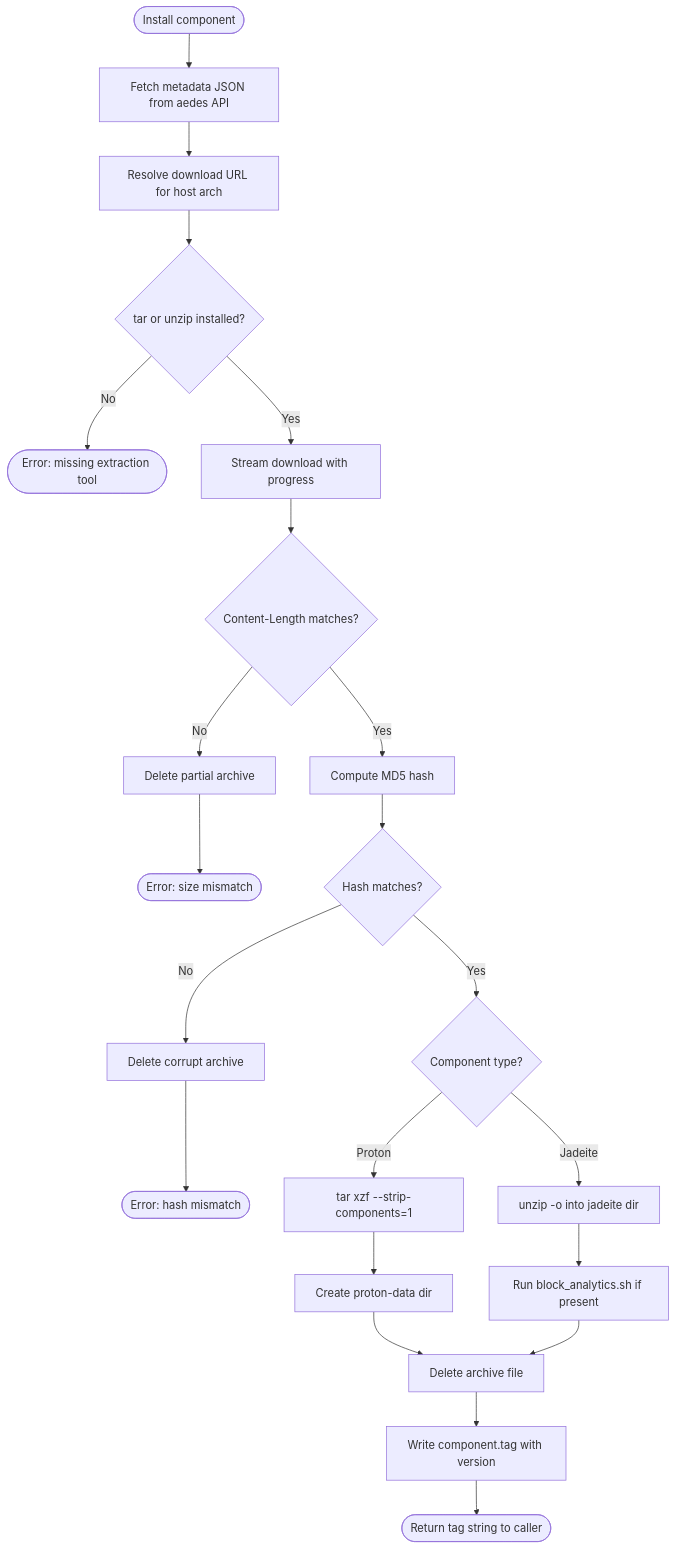
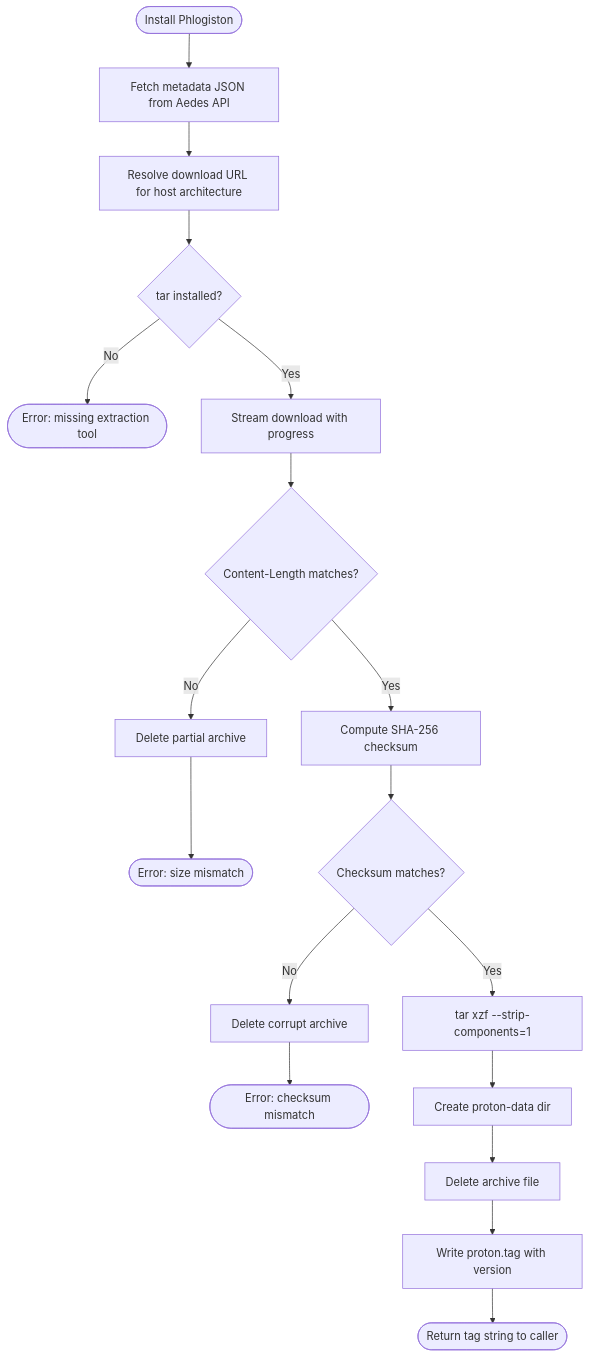
One commit to ChakornK/elysiae-tui changed diagram 12 of 21 in UX.md. Above: the diagram before and after it, drawn with Mermaid. The commit also changed other lines of this file and 9 other files, not shown here.

````diff
--- a/UX.md
+++ b/UX.md
@@ -305,24 +300,20 @@
 ```mermaid
 flowchart TD
-    Start([Install component]) --> FetchMeta[Fetch metadata JSON from aedes API]
-    FetchMeta --> ResolveArch[Resolve download URL for host arch]
-    ResolveArch --> Preflight{tar or unzip installed?}
+    Start([Install Phlogiston]) --> FetchMeta[Fetch metadata JSON from Aedes API]
+    FetchMeta --> ResolveArch[Resolve download URL for host architecture]
+    ResolveArch --> Preflight{tar installed?}
     Preflight -->|No| Fail([Error: missing extraction tool])
     Preflight -->|Yes| Download[Stream download with progress]
     Download --> VerifySize{Content-Length matches?}
     VerifySize -->|No| DeletePartial[Delete partial archive]
-    VerifySize -->|Yes| VerifyHash[Compute MD5 hash]
+    VerifySize -->|Yes| VerifyHash[Compute SHA-256 checksum]
     DeletePartial --> FailSize([Error: size mismatch])
-    VerifyHash --> HashOK{Hash matches?}
+    VerifyHash --> HashOK{Checksum matches?}
     HashOK -->|No| DeleteCorrupt[Delete corrupt archive]
-    HashOK -->|Yes| Extract{Component type?}
-    DeleteCorrupt --> FailHash([Error: hash mismatch])
-    Extract -->|Proton| TarExtract[tar xzf --strip-components=1]
-    Extract -->|Jadeite| UnzipExtract[unzip -o into jadeite dir]
+    HashOK -->|Yes| TarExtract[tar xzf --strip-components=1]
+    DeleteCorrupt --> FailHash([Error: checksum mismatch])
     TarExtract --> PostProton[Create proton-data dir]
-    UnzipExtract --> PostJadeite[Run block_analytics.sh if present]
     PostProton --> CleanArchive[Delete archive file]
-    PostJadeite --> CleanArchive
-    CleanArchive --> WriteTag[Write component.tag with version]
+    CleanArchive --> WriteTag[Write proton.tag with version]
     WriteTag --> SendFinished([Return tag string to caller])
 ```
````
